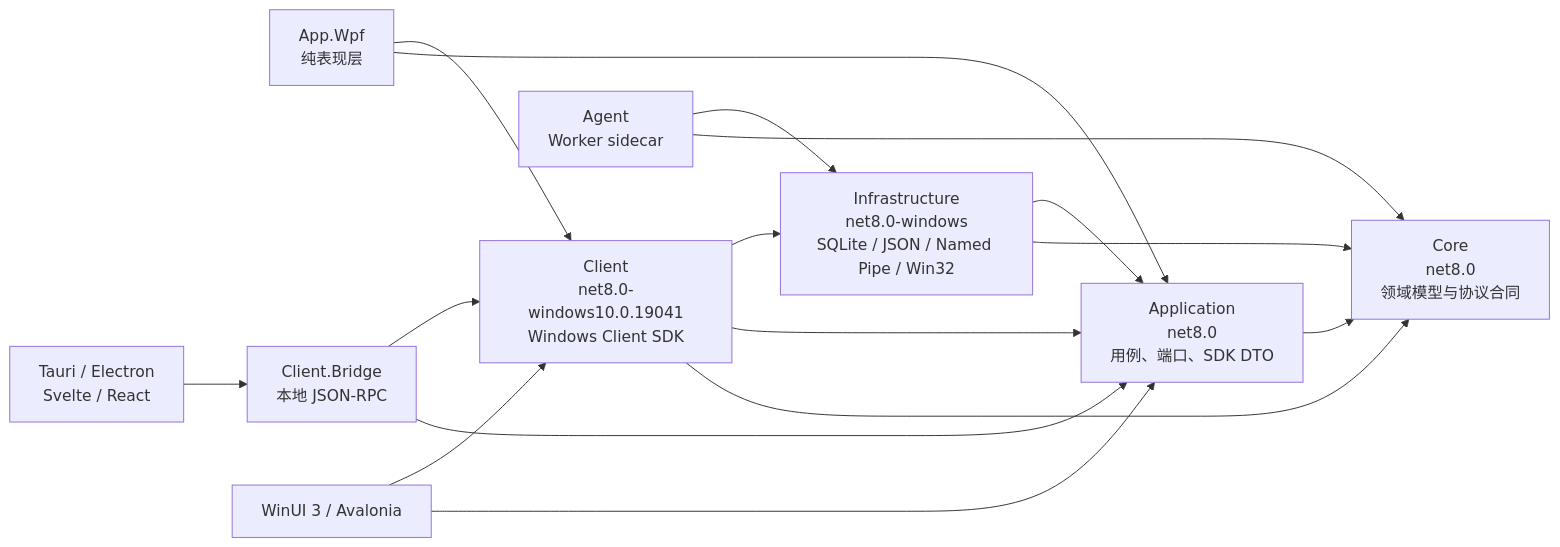
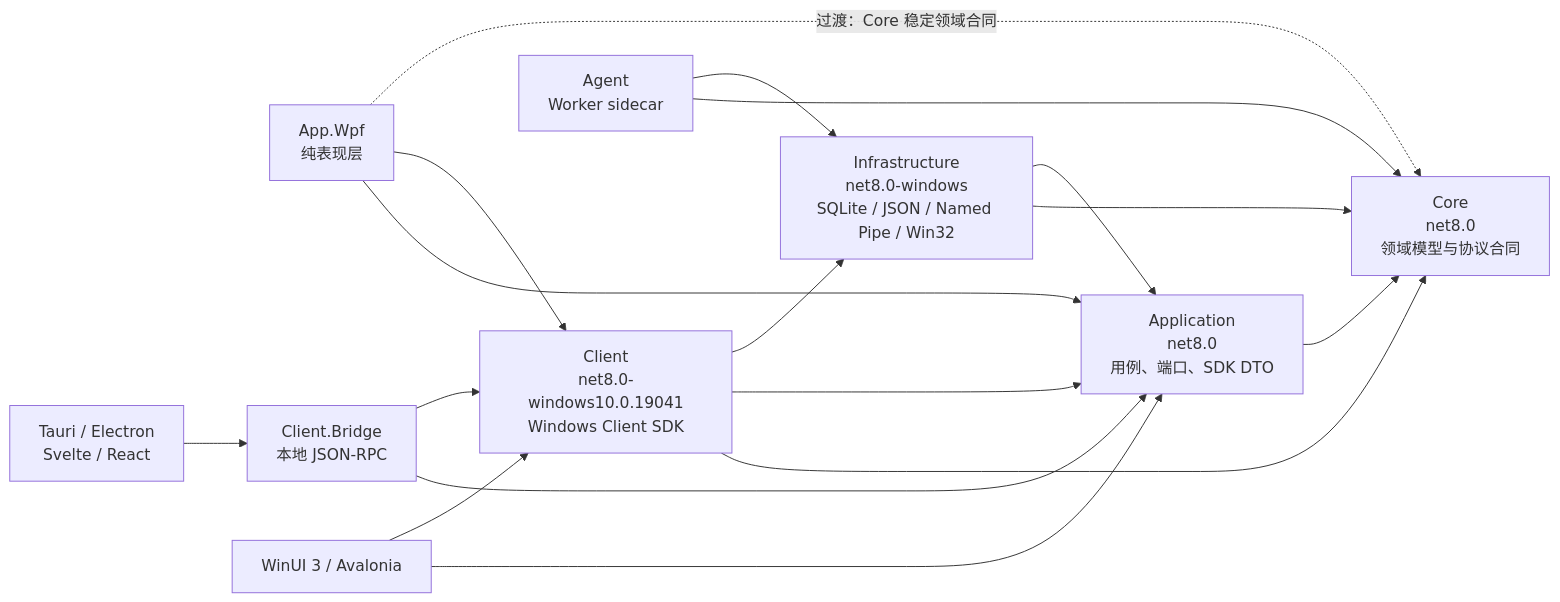
Before and after one commit to Malogic-hopp/wuji-windows-tauri: the diagram in docs/design/Application-Client-SDK抽取方案-2026-07-16.md, drawn with Mermaid. The commit also changed other lines of this file and 1 other file, not shown here.

````diff
--- a/docs/design/Application-Client-SDK抽取方案-2026-07-16.md
+++ b/docs/design/Application-Client-SDK抽取方案-2026-07-16.md
@@ -47,28 +47,29 @@
 ```mermaid
 flowchart LR
     Core["Core\nnet8.0\n领域模型与协议合同"]
     Application["Application\nnet8.0\n用例、端口、SDK DTO"]
     Infrastructure["Infrastructure\nnet8.0-windows\nSQLite / JSON / Named Pipe / Win32"]
     Client["Client\nnet8.0-windows10.0.19041\nWindows Client SDK"]
     Agent["Agent\nWorker sidecar"]
     Wpf["App.Wpf\n纯表现层"]
     Bridge["Client.Bridge\n本地 JSON-RPC"]
     WebUi["Tauri / Electron\nSvelte / React"]
     OtherDotNetUi["WinUI 3 / Avalonia"]
 
     Application --> Core
     Infrastructure --> Core
     Infrastructure --> Application
     Client --> Core
     Client --> Application
     Client --> Infrastructure
     Agent --> Core
     Agent --> Infrastructure
     Wpf --> Application
     Wpf --> Client
+    Wpf -. "过渡：Core 稳定领域合同" .-> Core
     OtherDotNetUi --> Application
     OtherDotNetUi --> Client
     Bridge --> Application
     Bridge --> Client
     WebUi --> Bridge
 ```
````
